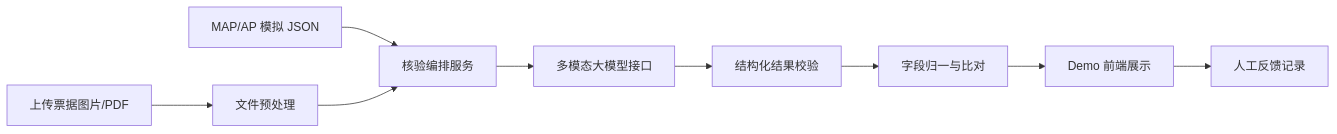
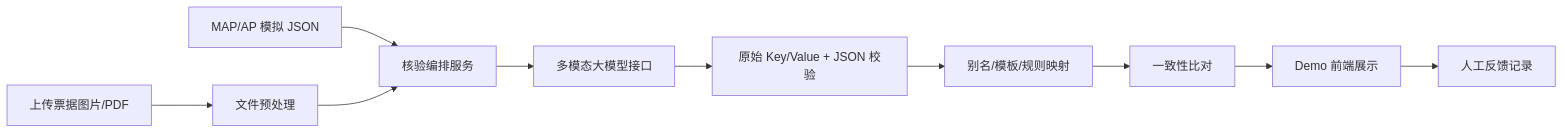
Before and after one commit to LuluCJJ/bill-verification: the diagram in docs/demo-technical-solution.md, drawn with Mermaid. The commit also changed other lines of this file and 17 other files, not shown here.

````diff
--- a/docs/demo-technical-solution.md
+++ b/docs/demo-technical-solution.md
@@ -53,11 +53,12 @@
 ```mermaid
 flowchart LR
     A["上传票据图片/PDF"] --> B["文件预处理"]
     C["MAP/AP 模拟 JSON"] --> D["核验编排服务"]
     B --> D
     D --> E["多模态大模型接口"]
-    E --> F["结构化结果校验"]
-    F --> G["字段归一与比对"]
-    G --> H["Demo 前端展示"]
-    H --> I["人工反馈记录"]
+    E --> F["原始 Key/Value + JSON 校验"]
+    F --> G["别名/模板/规则映射"]
+    G --> H["一致性比对"]
+    H --> J["Demo 前端展示"]
+    J --> I["人工反馈记录"]
 ```
````
